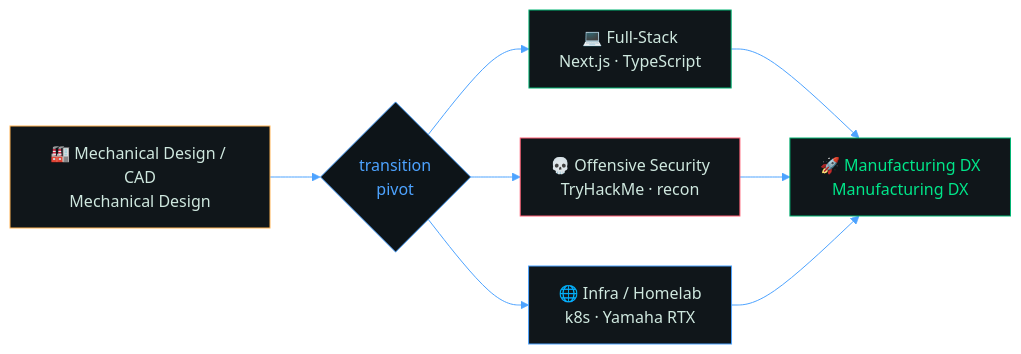
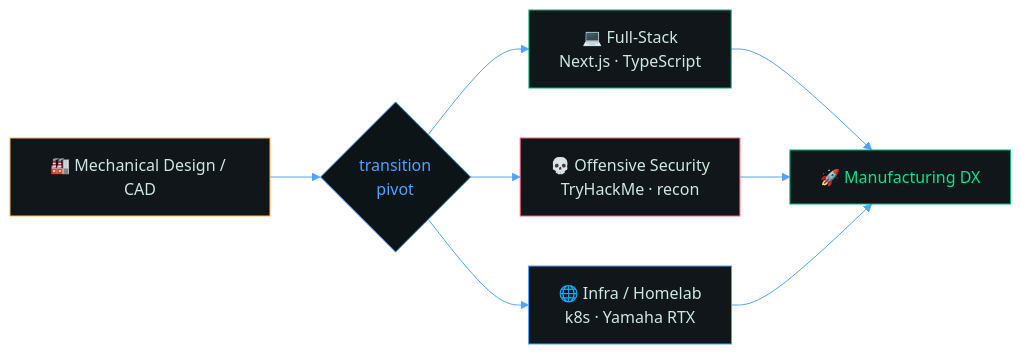
One commit to FumiakiC/FumiakiC changed the second of 2 diagrams in README.md. Above: the diagram before and after it, drawn with Mermaid.

Commit message:
README.mdのフローチャートから冗長なテキストを削除し、可読性を向上

````diff
--- a/README.md
+++ b/README.md
@@ -165,17 +165,17 @@
 ```mermaid
 %%{init: {'theme':'base','themeVariables':{'primaryColor':'#10161a','primaryTextColor':'#cfe8df','primaryBorderColor':'#00b473','lineColor':'#4da3ff','fontFamily':'monospace'}}}%%
 flowchart LR
-  A["🏭 Mechanical Design / CAD<br/>Mechanical Design"]:::hw --> P{"transition<br/>pivot"}:::pivot
+  A["🏭 Mechanical Design / CAD"]:::hw --> P{"transition<br/>pivot"}:::pivot
   P --> B["💻 Full-Stack<br/>Next.js · TypeScript"]:::sw
   P --> C["💀 Offensive Security<br/>TryHackMe · recon"]:::sec
   P --> D["🌐 Infra / Homelab<br/>k8s · Yamaha RTX"]:::infra
-  B --> Z["🚀 Manufacturing DX<br/>Manufacturing DX"]:::goal
+  B --> Z["🚀 Manufacturing DX"]:::goal
   C --> Z
   D --> Z
   classDef hw fill:#10161a,stroke:#ffb454,color:#cfe8df;
   classDef pivot fill:#0d1418,stroke:#4da3ff,color:#4da3ff;
   classDef sw fill:#10161a,stroke:#00b473,color:#cfe8df;
   classDef sec fill:#10161a,stroke:#ff5c72,color:#cfe8df;
   classDef infra fill:#10161a,stroke:#4da3ff,color:#cfe8df;
   classDef goal fill:#10161a,stroke:#00b473,color:#00e68a;
 ```
````
